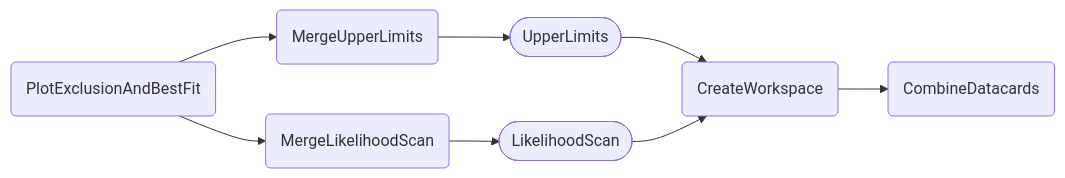
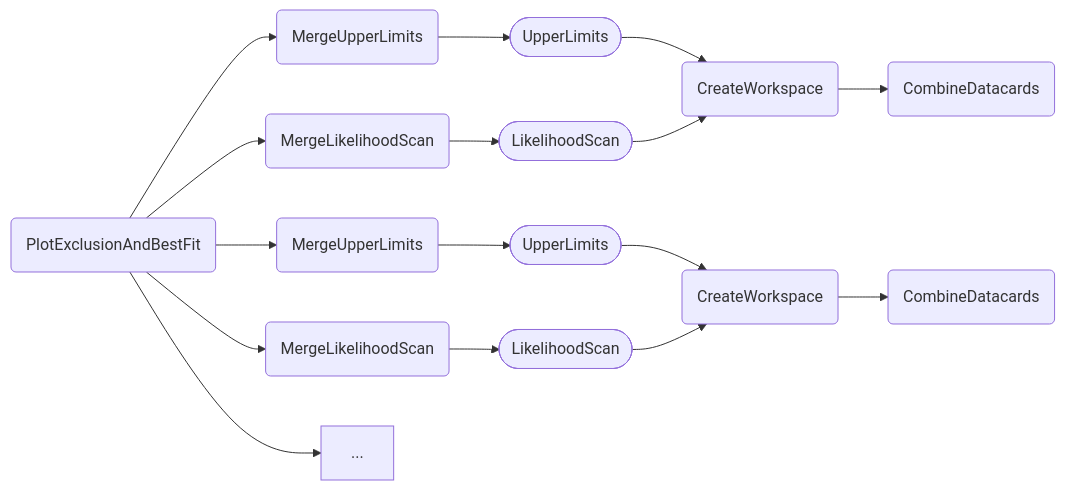
Before and after one commit to cms-hh/inference_tools: the first of 2 diagrams in docs/content/tasks/exclusion.md, drawn with Mermaid. The commit also changed 10 other files, not shown here.

````diff
--- a/docs/content/tasks/exclusion.md
+++ b/docs/content/tasks/exclusion.md
@@ -34,10 +34,18 @@
 ```mermaid
 graph LR;
-    A(PlotExclusionAndBestFit) --> B(MergeUpperLimits);
-    A(PlotExclusionAndBestFit) --> C(MergeLikelihoodScan);
-    B --> D([UpperLimits]);
-    D --> F(CreateWorkspace);
-    F --> G(CombineDatacards);
-    C --> E([LikelihoodScan]);
-    E --> F;
+    A(PlotExclusionAndBestFit) --> B1(MergeUpperLimits);
+    A --> C1(MergeLikelihoodScan);
+    B1 --> D1([UpperLimits]);
+    D1 --> F1(CreateWorkspace);
+    F1 --> G1(CombineDatacards);
+    C1 --> E1([LikelihoodScan]);
+    E1 --> F1;
+    A --> B2(MergeUpperLimits);
+    A --> C2(MergeLikelihoodScan);
+    B2 --> D2([UpperLimits]);
+    D2 --> F2(CreateWorkspace);
+    F2 --> G2(CombineDatacards);
+    C2 --> E2([LikelihoodScan]);
+    E2 --> F2;
+    A --> ...;
 ```
````
